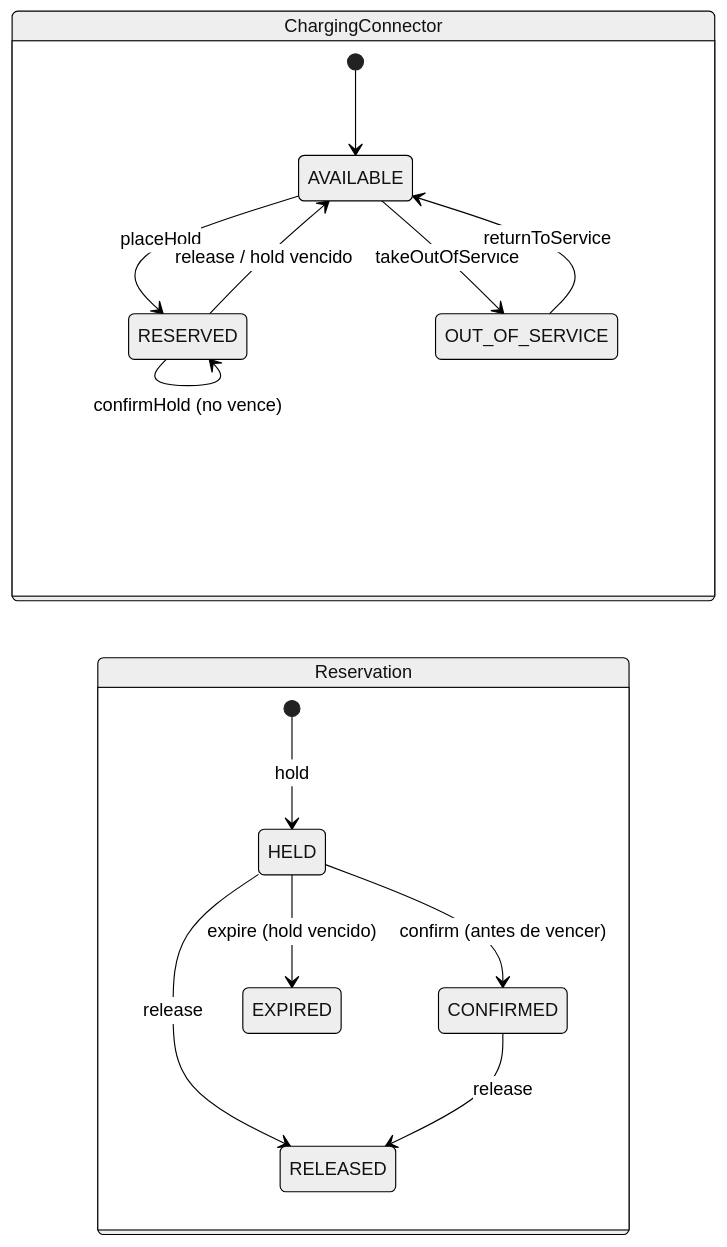
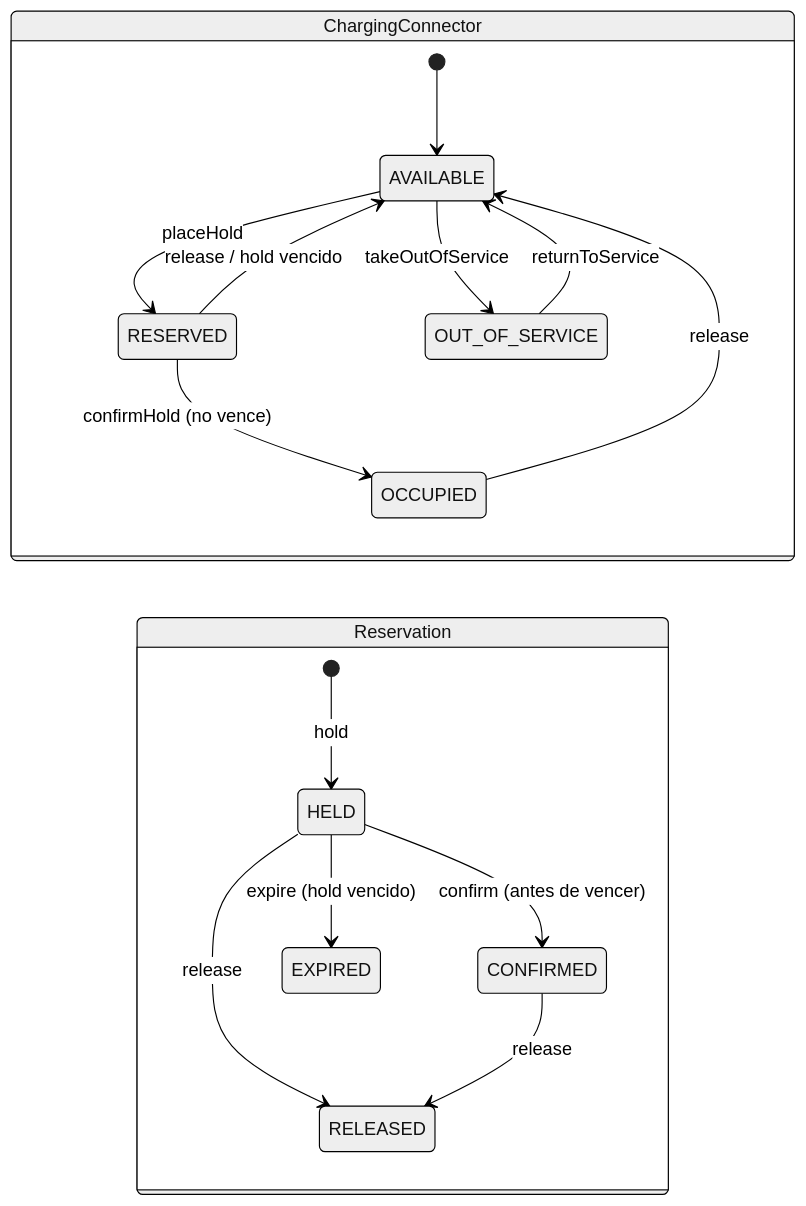
The first of 3 diagrams in docs/architecture/10-modelo-de-dominio.md (santiagoSaMi/aegisvolt), drawn with Mermaid (neutral theme) before and after one commit. The commit also changed other lines of this file and 69 other files, not shown here.

````diff
--- a/docs/architecture/10-modelo-de-dominio.md
+++ b/docs/architecture/10-modelo-de-dominio.md
@@ -27,19 +29,20 @@
 ```mermaid
 stateDiagram-v2
   direction LR
   state "ChargingConnector" as C {
     [*] --> AVAILABLE
     AVAILABLE --> RESERVED: placeHold
-    RESERVED --> RESERVED: confirmHold (no vence)
+    RESERVED --> OCCUPIED: confirmHold (no vence)
     RESERVED --> AVAILABLE: release / hold vencido
+    OCCUPIED --> AVAILABLE: release
     AVAILABLE --> OUT_OF_SERVICE: takeOutOfService
     OUT_OF_SERVICE --> AVAILABLE: returnToService
   }
   state "Reservation" as R {
     [*] --> HELD: hold
     HELD --> CONFIRMED: confirm (antes de vencer)
     HELD --> RELEASED: release
     CONFIRMED --> RELEASED: release
     HELD --> EXPIRED: expire (hold vencido)
   }
 ```
````
